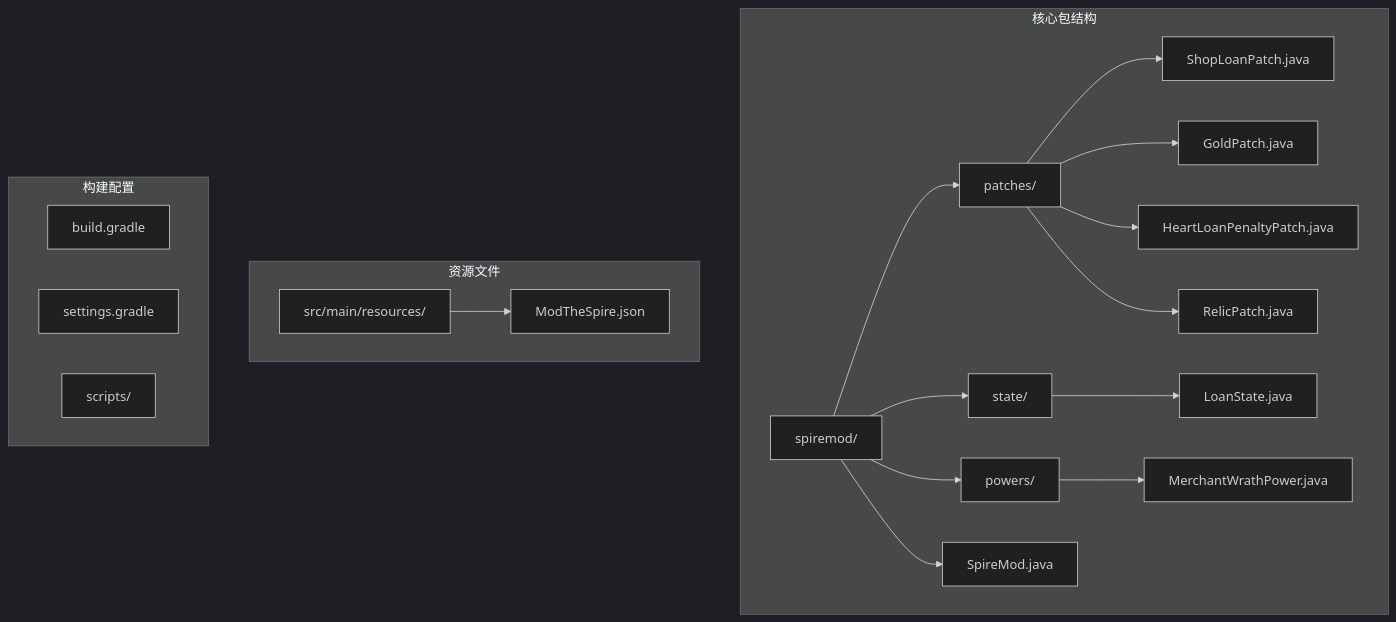
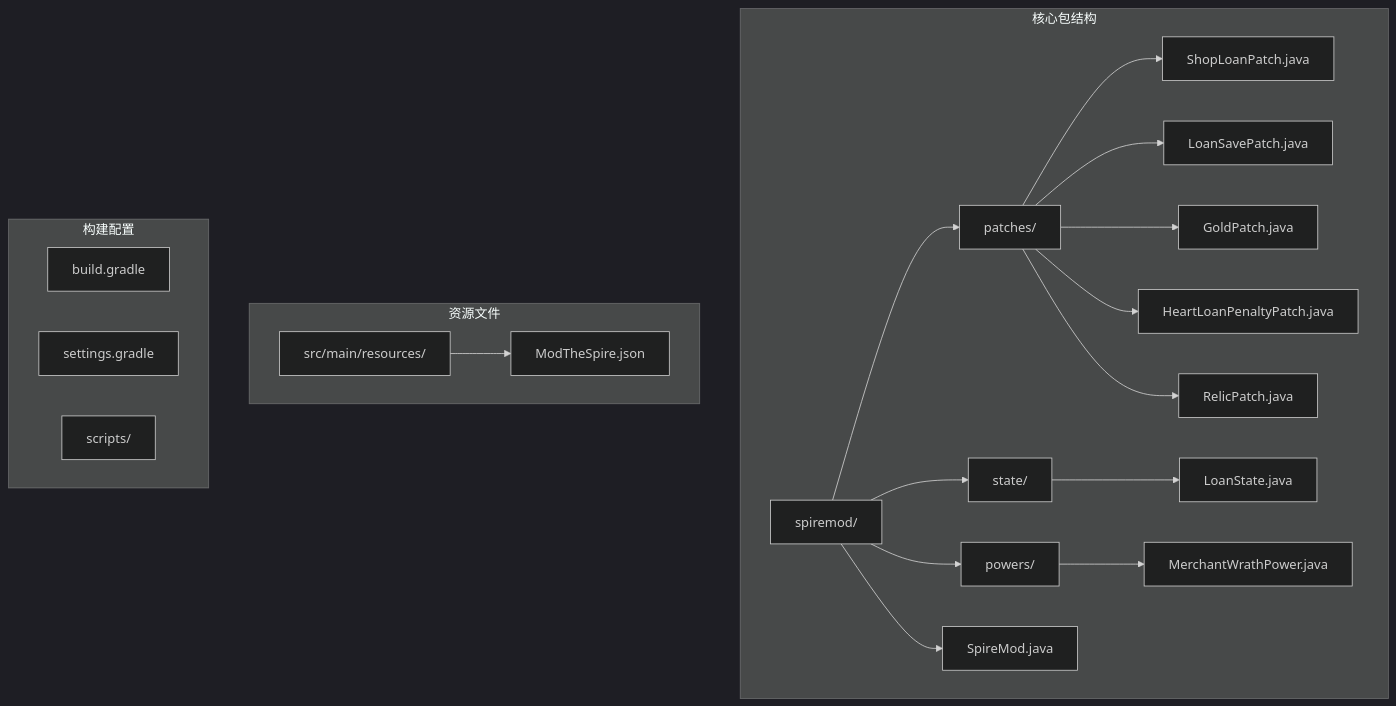
One commit to StephenZhuang/SpireMod changed the first of 14 diagrams in .qoder/repowiki/zh/content/核心功能/经济系统.md. Above: the diagram before and after it, drawn with Mermaid (dark theme). The commit also changed other lines of this file and 35 other files, not shown here.

````diff
--- a/.qoder/repowiki/zh/content/核心功能/经济系统.md
+++ b/.qoder/repowiki/zh/content/核心功能/经济系统.md
@@ -38,24 +40,25 @@
 ```mermaid
 graph TB
 subgraph "核心包结构"
 A[spiremod/] --> B[patches/]
 A --> C[state/]
 A --> D[powers/]
 A --> E[SpireMod.java]
 B --> F[ShopLoanPatch.java]
-B --> G[GoldPatch.java]
-B --> H[HeartLoanPenaltyPatch.java]
-B --> I[RelicPatch.java]
-C --> J[LoanState.java]
-D --> K[MerchantWrathPower.java]
+B --> G[LoanSavePatch.java]
+B --> H[GoldPatch.java]
+B --> I[HeartLoanPenaltyPatch.java]
+B --> J[RelicPatch.java]
+C --> K[LoanState.java]
+D --> L[MerchantWrathPower.java]
 end
 subgraph "资源文件"
-L[src/main/resources/]
-L --> M[ModTheSpire.json]
+M[src/main/resources/]
+M --> N[ModTheSpire.json]
 end
 subgraph "构建配置"
-N[build.gradle]
-O[settings.gradle]
-P[scripts/]
+O[build.gradle]
+P[settings.gradle]
+Q[scripts/]
 end
 ```
````
